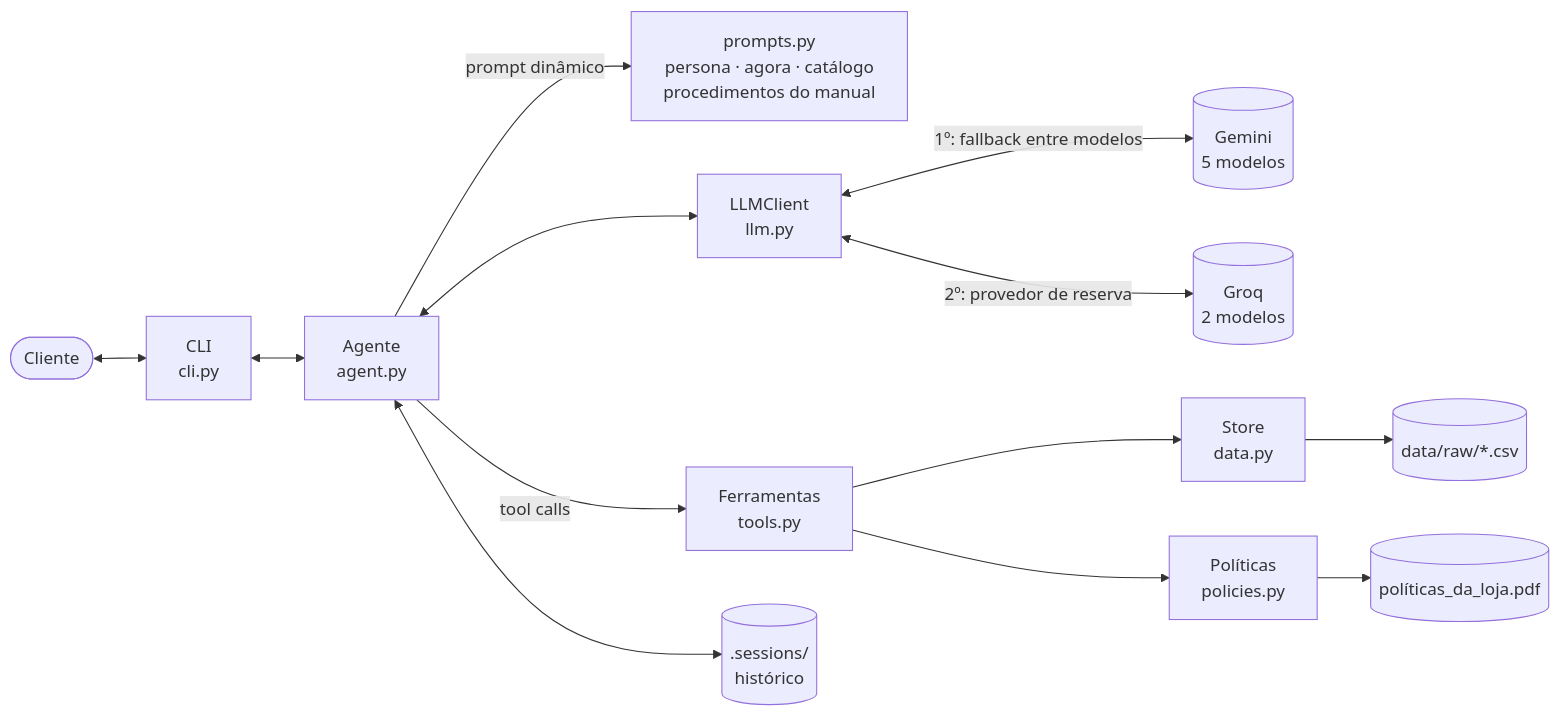
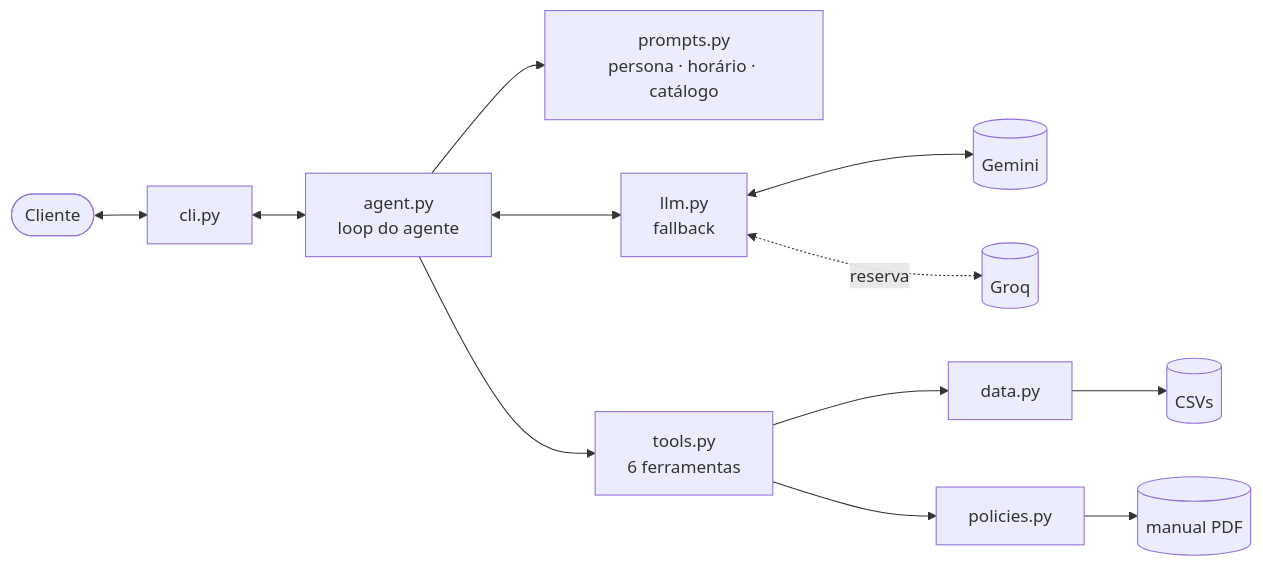
The diagram in README.md (daianesmendes/emporio-agente), drawn with Mermaid before and after one commit. The commit also changed other lines of this file, not shown here.

````diff
--- a/README.md
+++ b/README.md
@@ -98,15 +64,12 @@
 ```mermaid
 flowchart LR
-    U([Cliente]) <--> CLI[CLI<br/>cli.py]
-    CLI <--> A[Agente<br/>agent.py]
-    A -- prompt dinâmico --> P[prompts.py<br/>persona · agora · catálogo<br/>procedimentos do manual]
-    A <--> L[LLMClient<br/>llm.py]
-    L <-- 1º: fallback entre modelos --> G[(Gemini<br/>5 modelos)]
-    L <-- 2º: provedor de reserva --> GQ[(Groq<br/>2 modelos)]
-    A -- tool calls --> T[Ferramentas<br/>tools.py]
-    T --> S[Store<br/>data.py]
-    T --> PO[Políticas<br/>policies.py]
-    S --> CSV[(data/raw/*.csv)]
-    PO --> PDF[(políticas_da_loja.pdf)]
-    A <--> H[(.sessions/<br/>histórico)]
+    U([Cliente]) <--> CLI[cli.py]
+    CLI <--> A[agent.py<br/>loop do agente]
+    A --> P[prompts.py<br/>persona · horário · catálogo]
+    A <--> L[llm.py<br/>fallback]
+    L <--> G[(Gemini)]
+    L <-.reserva.-> GQ[(Groq)]
+    A --> T[tools.py<br/>6 ferramentas]
+    T --> S[data.py] --> CSV[(CSVs)]
+    T --> PO[policies.py] --> PDF[(manual PDF)]
 ```
````
